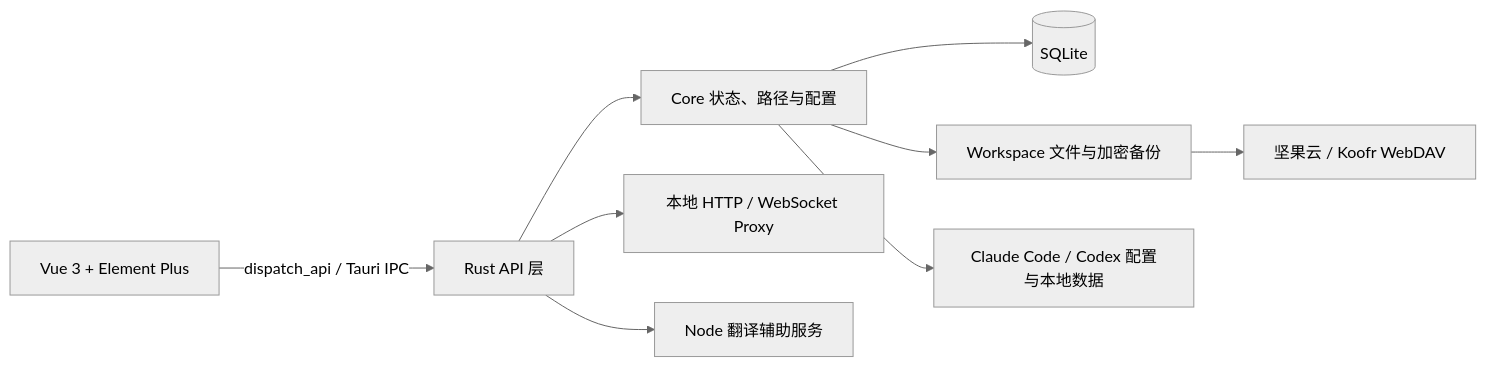
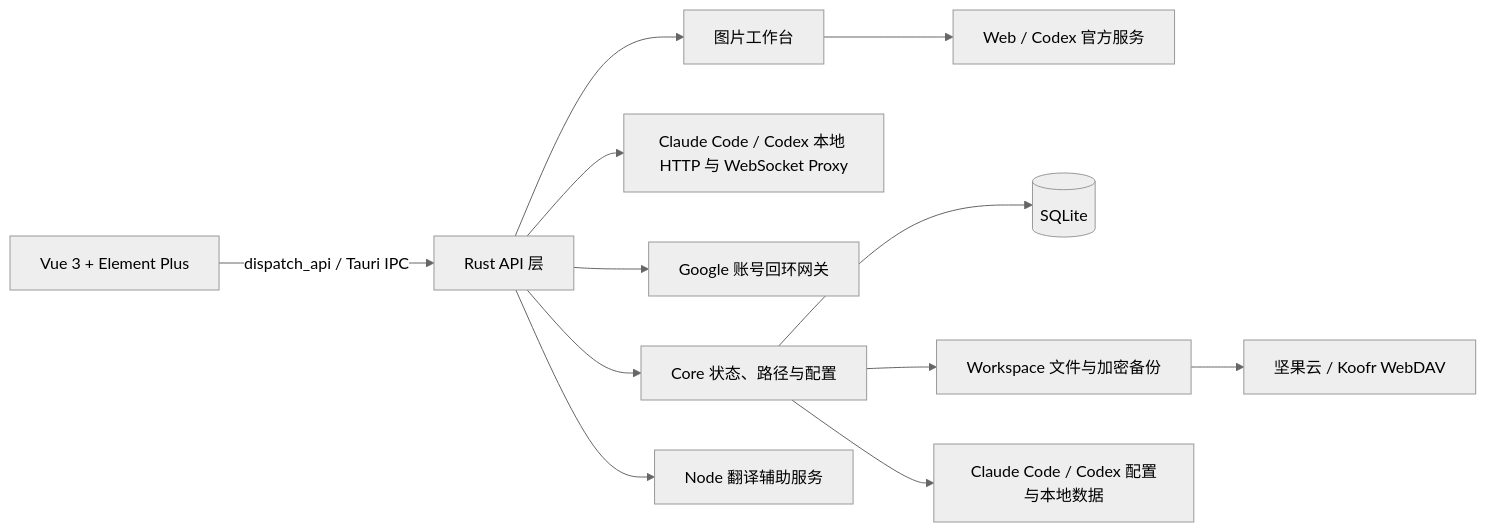
One commit to hxysj/AI-Manager changed the diagram in README.md. Above: the diagram before and after it, drawn with Mermaid (neutral theme). The commit also changed other lines of this file, not shown here.

Commit message:
docs(readme): 添加 Google 账号、图片工作台与工具中心相关文档

````diff
--- a/README.md
+++ b/README.md
@@ -155,11 +164,14 @@
 ```mermaid
 flowchart LR
     UI[Vue 3 + Element Plus] -->|dispatch_api / Tauri IPC| API[Rust API 层]
     API --> Core[Core 状态、路径与配置]
-    API --> Proxy[本地 HTTP / WebSocket Proxy]
+    API --> Proxy[Claude Code / Codex 本地 HTTP 与 WebSocket Proxy]
+    API --> Google[Google 账号回环网关]
+    API --> Image[图片工作台]
+    Image --> ImageServices[Web / Codex 官方服务]
     API --> Node[Node 翻译辅助服务]
     Core --> DB[(SQLite)]
     Core --> Files[Workspace 文件与加密备份]
     Core --> CLI[Claude Code / Codex 配置与本地数据]
     Files --> WebDAV[坚果云 / Koofr WebDAV]
 ```
````
